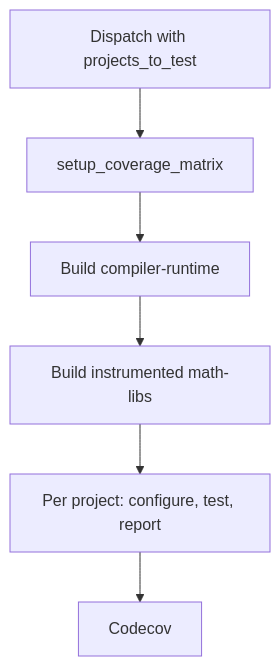
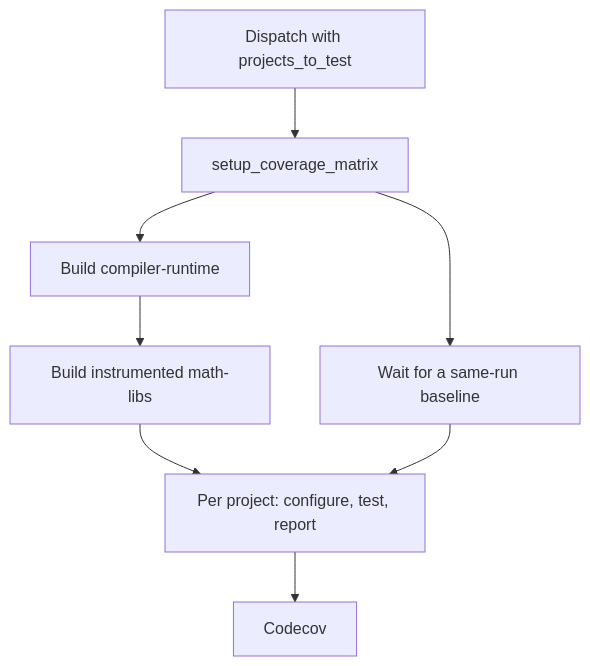
Before and after one commit to ROCm/TheRock: the diagram in docs/development/code_coverage.md, drawn with Mermaid. The commit also changed other lines of this file and 3 other files, not shown here.

````diff
--- a/docs/development/code_coverage.md
+++ b/docs/development/code_coverage.md
@@ -117,8 +117,10 @@
 ```mermaid
 graph TD
     dispatch[Dispatch with projects_to_test] --> matrix[setup_coverage_matrix]
     matrix --> compilerRuntime[Build compiler-runtime]
     compilerRuntime --> mathLibs[Build instrumented math-libs]
+    matrix --> gate[Wait for a same-run baseline]
     mathLibs --> report[Per project: configure, test, report]
+    gate --> report
     report --> codecov[Codecov]
 ```
````
